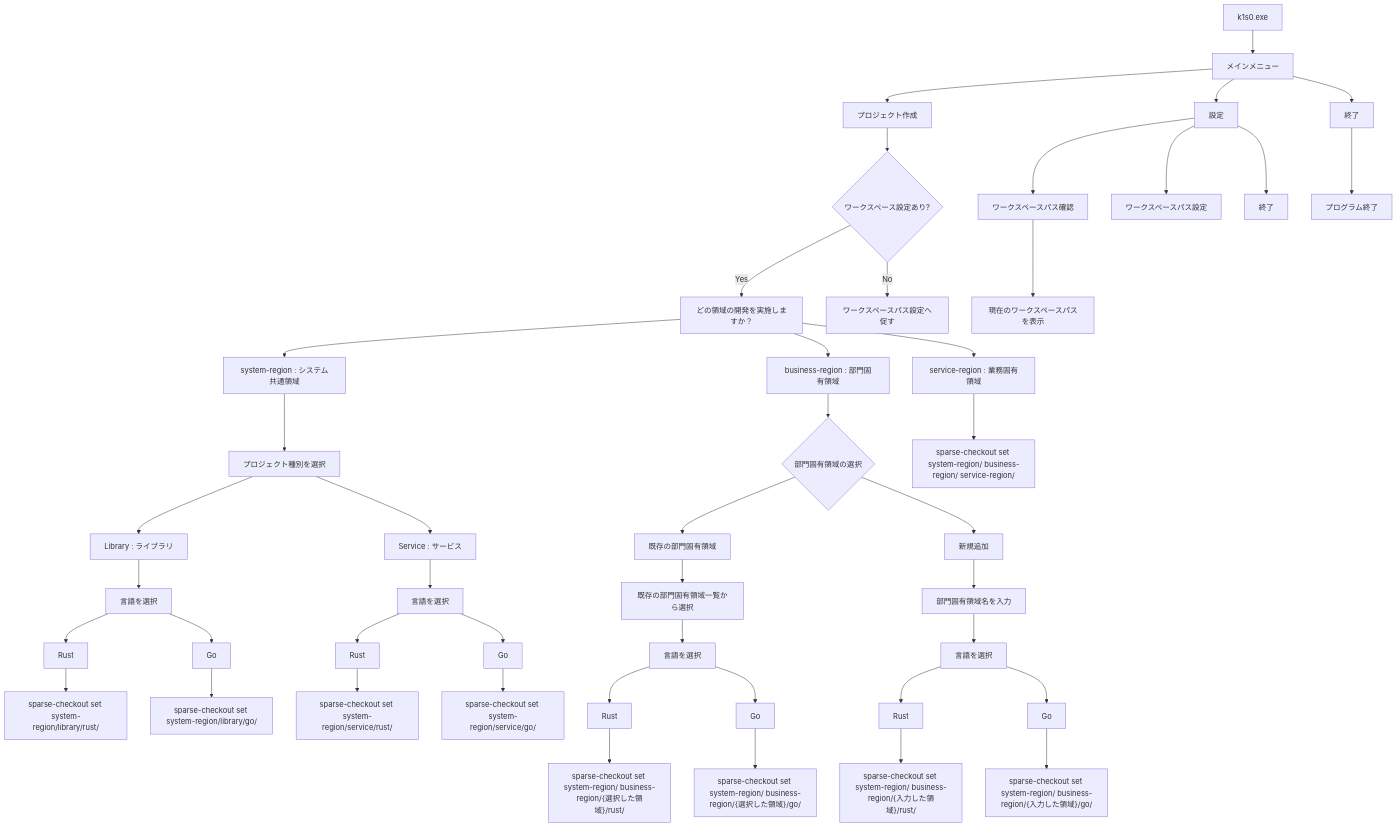
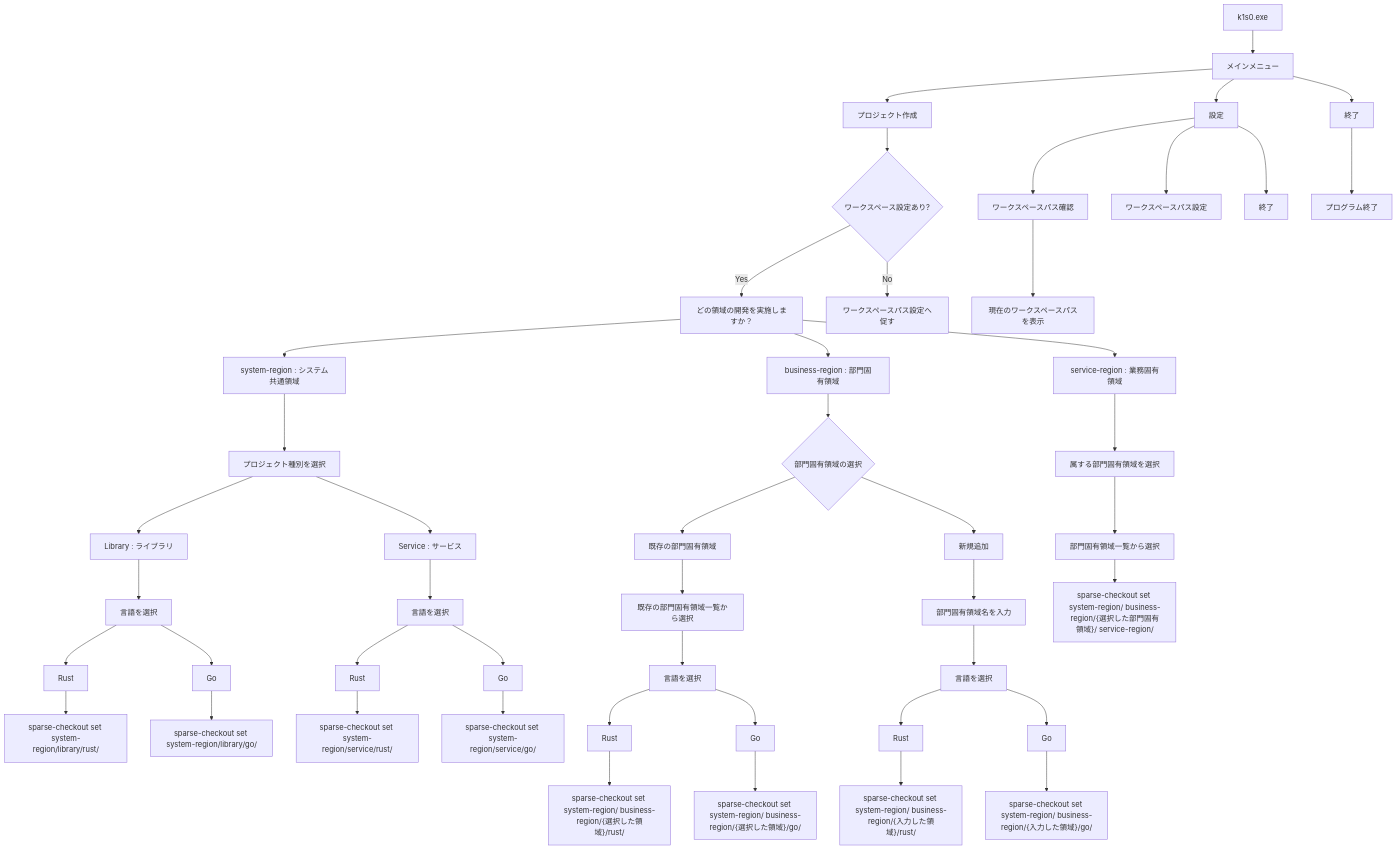
Before and after one commit to RyuheiKiso/k1s0: the diagram in docs/CLI設計書.md, drawn with Mermaid. The commit also changed other lines of this file and 2 other files, not shown here.

Commit message:
feat: 部門固有領域の選択機能を改善
- CreateProjectUseCaseにおいて、Service地域選択時に部門固有領域が存在しない場合のエラーメッセージを表示する機能を追加。
- Service地域選択時に部門固有領域が選択された場合、チェックアウト対象にサブディレクトリを追加するように変更。
- テストケースを追加し、部門固有領域の選択とエラーハンドリングを確認。
- CLI設計書を更新し、service-regionのチェックアウト範囲に部門固有領域選択の説明を追加。

````diff
--- a/docs/CLI設計書.md
+++ b/docs/CLI設計書.md
@@ -52,52 +52,54 @@
 ```mermaid
 flowchart TD
     A["k1s0.exe"] --> B["メインメニュー"]
 
     B --> C["プロジェクト作成"]
     B --> D["設定"]
     B --> E["終了"]
 
     C --> F{"ワークスペース設定あり?"}
     F -->|Yes| G["どの領域の開発を実施しますか？"]
     G --> G1["system-region : システム共通領域"]
     G --> G2["business-region : 部門固有領域"]
     G --> G3["service-region : 業務固有領域"]
     G1 --> PT["プロジェクト種別を選択"]
     PT --> PT1["Library : ライブラリ"]
     PT --> PT2["Service : サービス"]
     PT1 --> LLang["言語を選択"]
     LLang --> LLang1["Rust"]
     LLang --> LLang2["Go"]
     LLang1 --> SC1aR["sparse-checkout set system-region/library/rust/"]
     LLang2 --> SC1aG["sparse-checkout set system-region/library/go/"]
     PT2 --> SLang["言語を選択"]
     SLang --> SLang1["Rust"]
     SLang --> SLang2["Go"]
     SLang1 --> SC1bR["sparse-checkout set system-region/service/rust/"]
     SLang2 --> SC1bG["sparse-checkout set system-region/service/go/"]
     G2 --> BR{"部門固有領域の選択"}
     BR --> BR1["既存の部門固有領域"]
     BR --> BR2["新規追加"]
     BR1 --> BRL["既存の部門固有領域一覧から選択"]
     BRL --> BRLang["言語を選択"]
     BRLang --> BRLang1["Rust"]
     BRLang --> BRLang2["Go"]
     BRLang1 --> SC2R["sparse-checkout set system-region/ business-region/{選択した領域}/rust/"]
     BRLang2 --> SC2G["sparse-checkout set system-region/ business-region/{選択した領域}/go/"]
     BR2 --> BRN["部門固有領域名を入力"]
     BRN --> BRNLang["言語を選択"]
     BRNLang --> BRNLang1["Rust"]
     BRNLang --> BRNLang2["Go"]
     BRNLang1 --> SC2NR["sparse-checkout set system-region/ business-region/{入力した領域}/rust/"]
     BRNLang2 --> SC2NG["sparse-checkout set system-region/ business-region/{入力した領域}/go/"]
-    G3 --> SC3["sparse-checkout set system-region/ business-region/ service-region/"]
+    G3 --> SRBR["属する部門固有領域を選択"]
+    SRBR --> SRBRL["部門固有領域一覧から選択"]
+    SRBRL --> SC3["sparse-checkout set system-region/ business-region/{選択した部門固有領域}/ service-region/"]
     F -->|No| H["ワークスペースパス設定へ促す"]
 
     D --> I["ワークスペースパス確認"]
     D --> L["ワークスペースパス設定"]
     D --> J["終了"]
 
     I --> I1["現在のワークスペースパスを表示"]
 
     E --> K["プログラム終了"]
 ```
````
